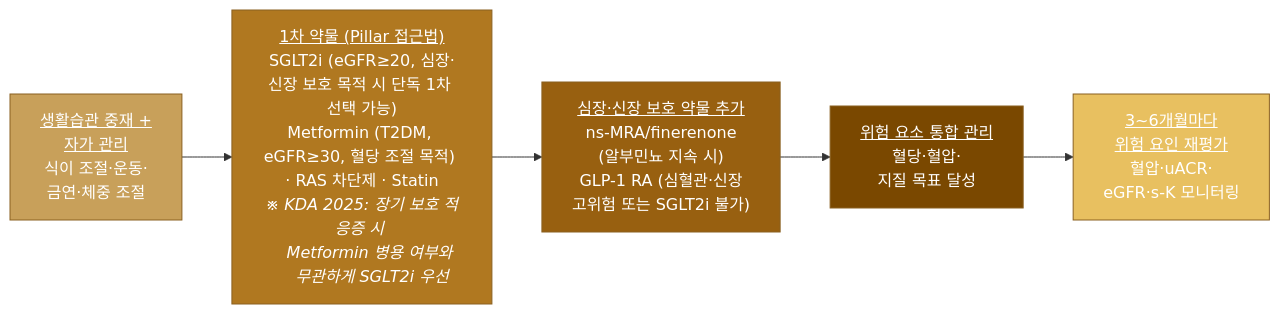
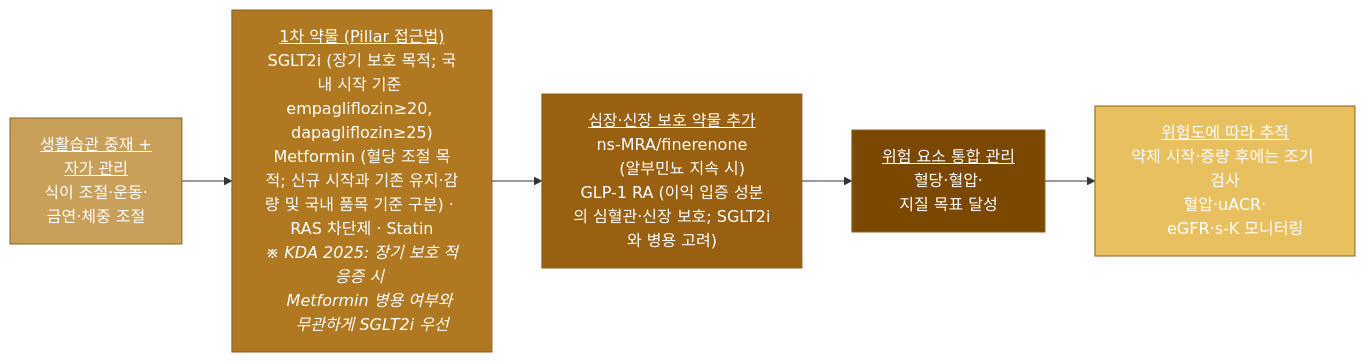
The first of 2 diagrams in 226_/102_-complications-of-diabetes.md (familyoh77/familyoh77), drawn with Mermaid before and after one commit. The commit also changed other lines of this file and 8 other files, not shown here.

````diff
--- a/226_/102_-complications-of-diabetes.md
+++ b/226_/102_-complications-of-diabetes.md
@@ -147,25 +151,23 @@
 ```mermaid
 graph LR
     A["<u>생활습관 중재 + 
     자가 관리</u><br/>식이 조절·운동·
     금연·체중 조절"]
-    B["<u>1차 약물 (Pillar 접근법)</u><br/>SGLT2i (eGFR≥20, 심장·신장 보호 목적 시 단독 1차 선택 가능)<br/>Metformin (T2DM, eGFR≥30, 혈당 조절 목적) · RAS 차단제 · Statin<br/><i>※ KDA 2025: 장기 보호 적응증 시 
+    B["<u>1차 약물 (Pillar 접근법)</u><br/>SGLT2i (장기 보호 목적; 국내 시작 기준 empagliflozin≥20, dapagliflozin≥25)<br/>Metformin (혈당 조절 목적; 신규 시작과 기존 유지·감량 및 국내 품목 기준 구분) · RAS 차단제 · Statin<br/><i>※ KDA 2025: 장기 보호 적응증 시 
     Metformin 병용 여부와 
     무관하게 SGLT2i 우선</i>"]
     C["<u>심장·신장 보호 약물 추가</u><br/>ns-MRA/finerenone
-    (알부민뇨 지속 시)<br/>GLP-1 RA (심혈관·신장 
-    고위험 또는 SGLT2i 불가)"]
+    (알부민뇨 지속 시)<br/>GLP-1 RA (이익 입증 성분의 심혈관·신장 보호; SGLT2i와 병용 고려)"]
     D["<u>위험 요소 통합 관리</u><br/>혈당·혈압·
     지질 목표 달성"]
-    E["<u>3~6개월마다 
-    위험 요인 재평가</u><br/>혈압·uACR·
+    E["<u>위험도에 따라 추적</u><br/>약제 시작·증량 후에는 조기 검사<br/>혈압·uACR·
     eGFR·s-K 모니터링"]
 
     A --> B --> C --> D --> E
 
     style A fill:#c8a05a,stroke:#8a6020,color:#fff
     style B fill:#b07820,stroke:#8a6020,color:#fff
     style C fill:#986010,stroke:#8a6020,color:#fff
     style D fill:#7a4800,stroke:#8a6020,color:#fff
     style E fill:#e8c060,stroke:#8a6020,color:#fff
 ```
````
